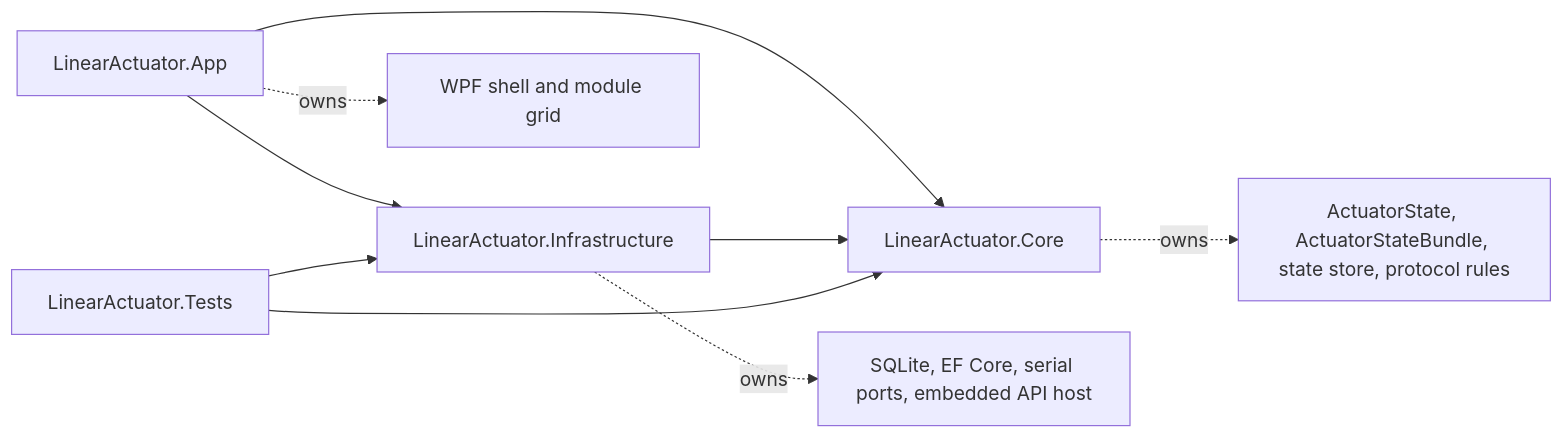
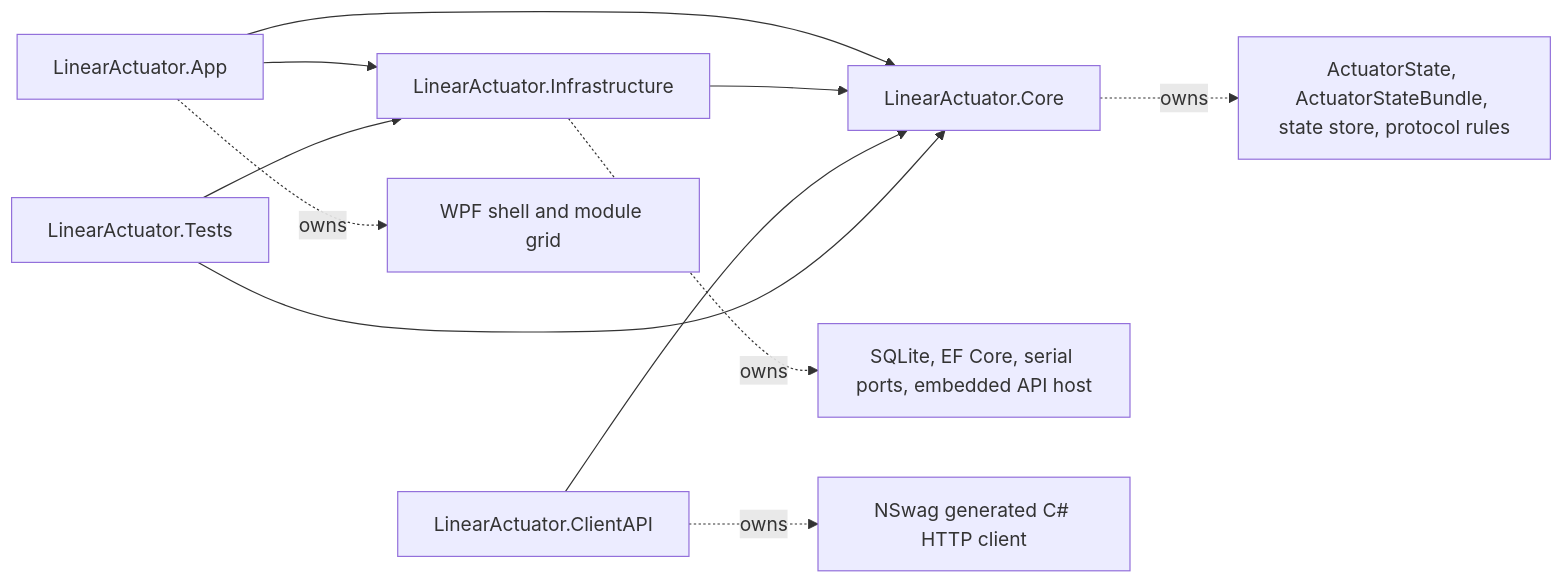
The second of 8 diagrams in linear_actuator/SYSTEM_DIAGRAM.md (Arastookhajehee/linear_actuator_dev), drawn with Mermaid before and after one commit. The commit also changed other lines of this file and 14 other files, not shown here.

Commit message:
Add generated actuator API client

````diff
--- a/linear_actuator/SYSTEM_DIAGRAM.md
+++ b/linear_actuator/SYSTEM_DIAGRAM.md
@@ -48,17 +50,20 @@
 ```mermaid
 flowchart LR
     app[LinearActuator.App]
     core[LinearActuator.Core]
     infra[LinearActuator.Infrastructure]
+    clientApi[LinearActuator.ClientAPI]
     tests[LinearActuator.Tests]
 
     app --> core
     app --> infra
     infra --> core
+    clientApi --> core
     tests --> core
     tests --> infra
 
     app -. owns .-> wpf[WPF shell and module grid]
     core -. owns .-> domain[ActuatorState, ActuatorStateBundle, state store, protocol rules]
     infra -. owns .-> adapters[SQLite, EF Core, serial ports, embedded API host]
+    clientApi -. owns .-> generated[NSwag generated C# HTTP client]
 ```
````
